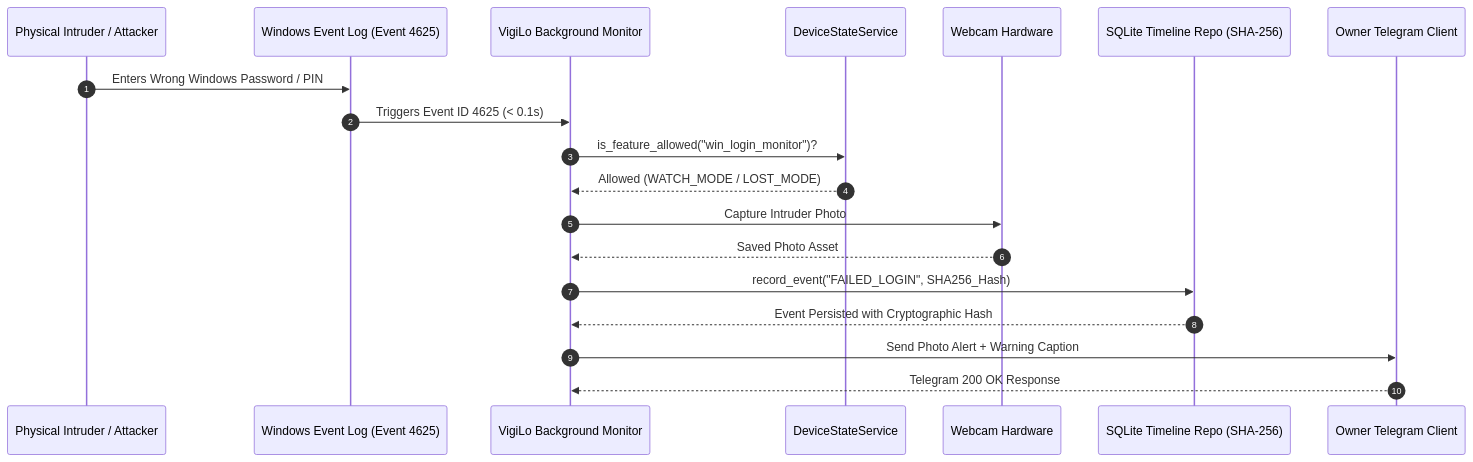
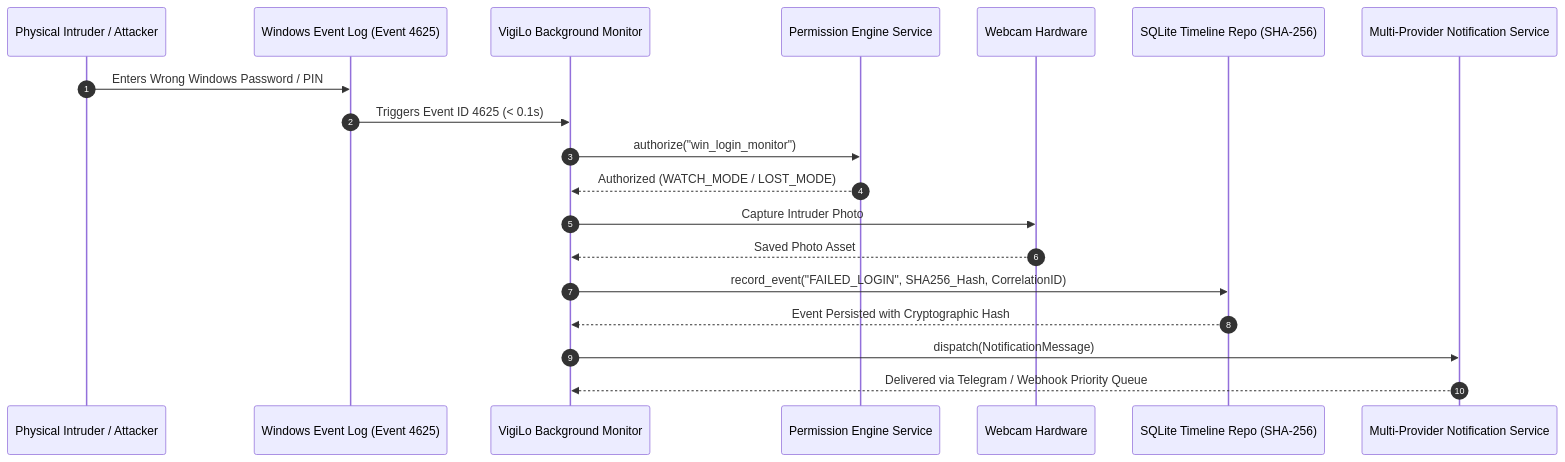
One commit to diwakar2905/VigiLo changed the third of 3 diagrams in README.md. Above: the diagram before and after it, drawn with Mermaid. The commit also changed other lines of this file and 35 other files, not shown here.

Commit message:
feat: implement Phase 5 Platform Hardening (Notification Abstraction, Device Identity, Secure Pairing, Tamper Detection, Permission Engine, Security Policies, Command Auth, Observability, Diagnostics, Correlation IDs, Error Framework, Release Hardening)

````diff
--- a/README.md
+++ b/README.md
@@ -157,22 +190,22 @@
 ```mermaid
 sequenceDiagram
     autonumber
     participant Intruder as Physical Intruder / Attacker
     participant WinLog as Windows Event Log (Event 4625)
     participant Monitor as VigiLo Background Monitor
-    participant StateEngine as DeviceStateService
+    participant PermEngine as Permission Engine Service
     participant CamHardware as Webcam Hardware
     participant TimelineDB as SQLite Timeline Repo (SHA-256)
-    participant TgBot as Owner Telegram Client
+    participant NotifSvc as Multi-Provider Notification Service
 
     Intruder->>WinLog: Enters Wrong Windows Password / PIN
     WinLog->>Monitor: Triggers Event ID 4625 (< 0.1s)
-    Monitor->>StateEngine: is_feature_allowed("win_login_monitor")?
-    StateEngine-->>Monitor: Allowed (WATCH_MODE / LOST_MODE)
+    Monitor->>PermEngine: authorize("win_login_monitor")
+    PermEngine-->>Monitor: Authorized (WATCH_MODE / LOST_MODE)
     Monitor->>CamHardware: Capture Intruder Photo
     CamHardware-->>Monitor: Saved Photo Asset
-    Monitor->>TimelineDB: record_event("FAILED_LOGIN", SHA256_Hash)
+    Monitor->>TimelineDB: record_event("FAILED_LOGIN", SHA256_Hash, CorrelationID)
     TimelineDB-->>Monitor: Event Persisted with Cryptographic Hash
-    Monitor->>TgBot: Send Photo Alert + Warning Caption
-    TgBot-->>Monitor: Telegram 200 OK Response
+    Monitor->>NotifSvc: dispatch(NotificationMessage)
+    NotifSvc-->>Monitor: Delivered via Telegram / Webhook Priority Queue
 ```
````
